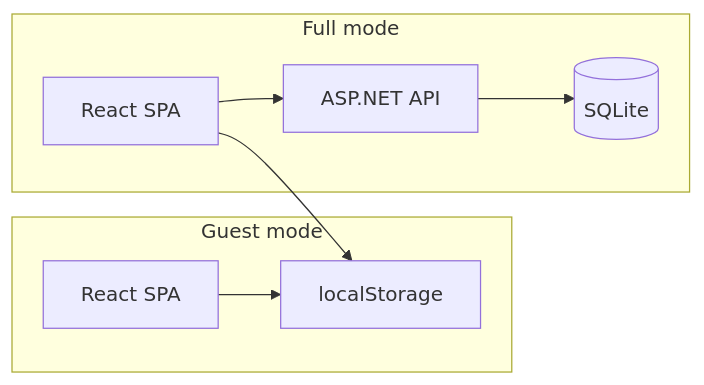
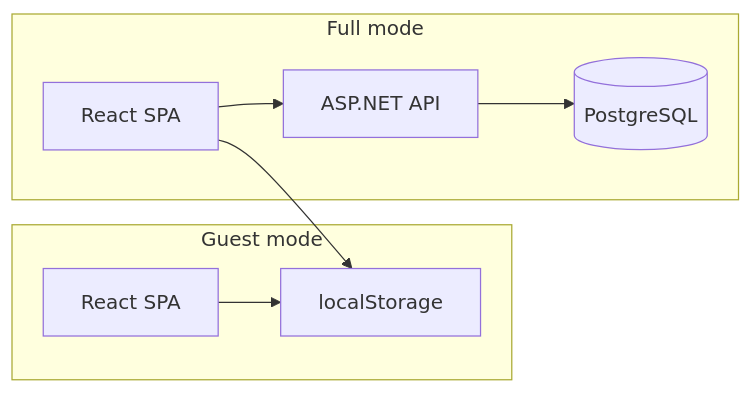
The diagram in docs/README.md (Quasar123/vibe-test), drawn with Mermaid before and after one commit. The commit also changed other lines of this file and 57 other files, not shown here.

Commit message:
cursor sqlite to postgre

````diff
--- a/docs/README.md
+++ b/docs/README.md
@@ -44,15 +44,15 @@
 ```mermaid
 flowchart LR
   subgraph guestMode [Guest mode]
     spaGuest[React SPA]
     ls[localStorage]
     spaGuest --> ls
   end
   subgraph fullMode [Full mode]
     spaFull[React SPA]
     api[ASP.NET API]
-    db[(SQLite)]
+    db[(PostgreSQL)]
     spaFull --> api --> db
     spaFull --> ls
   end
 ```
````
